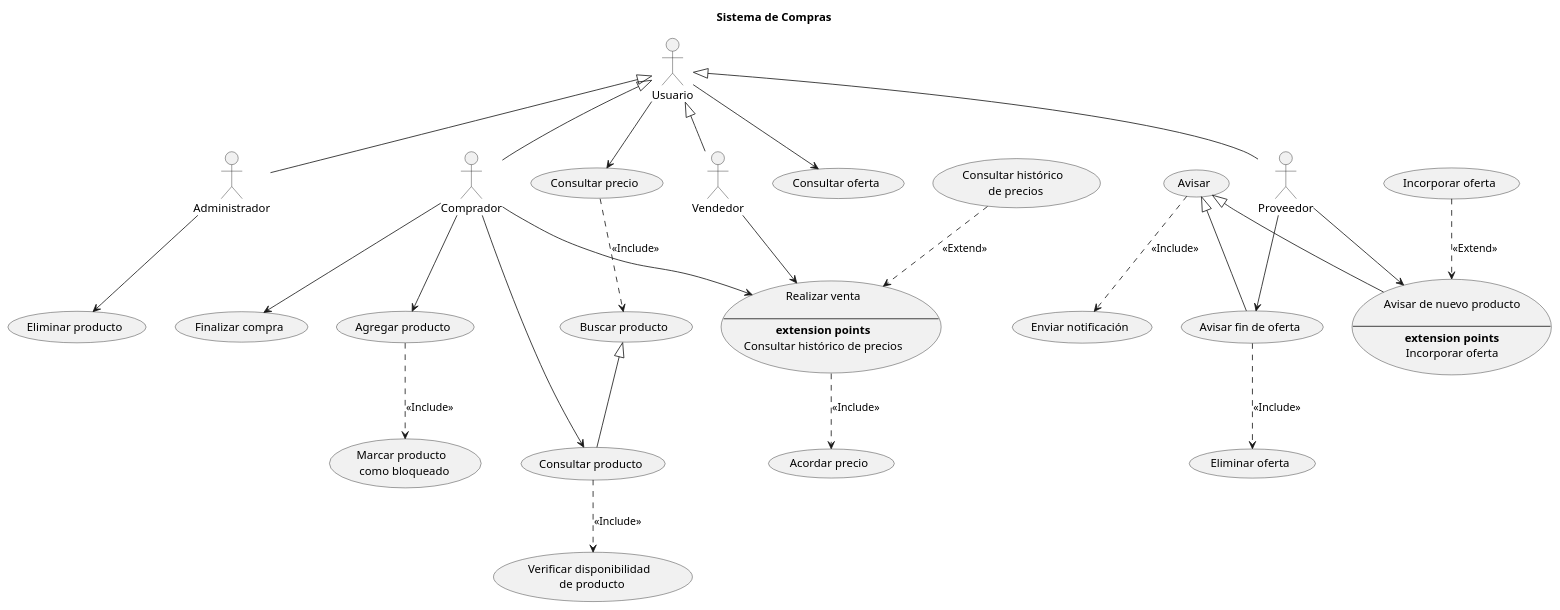
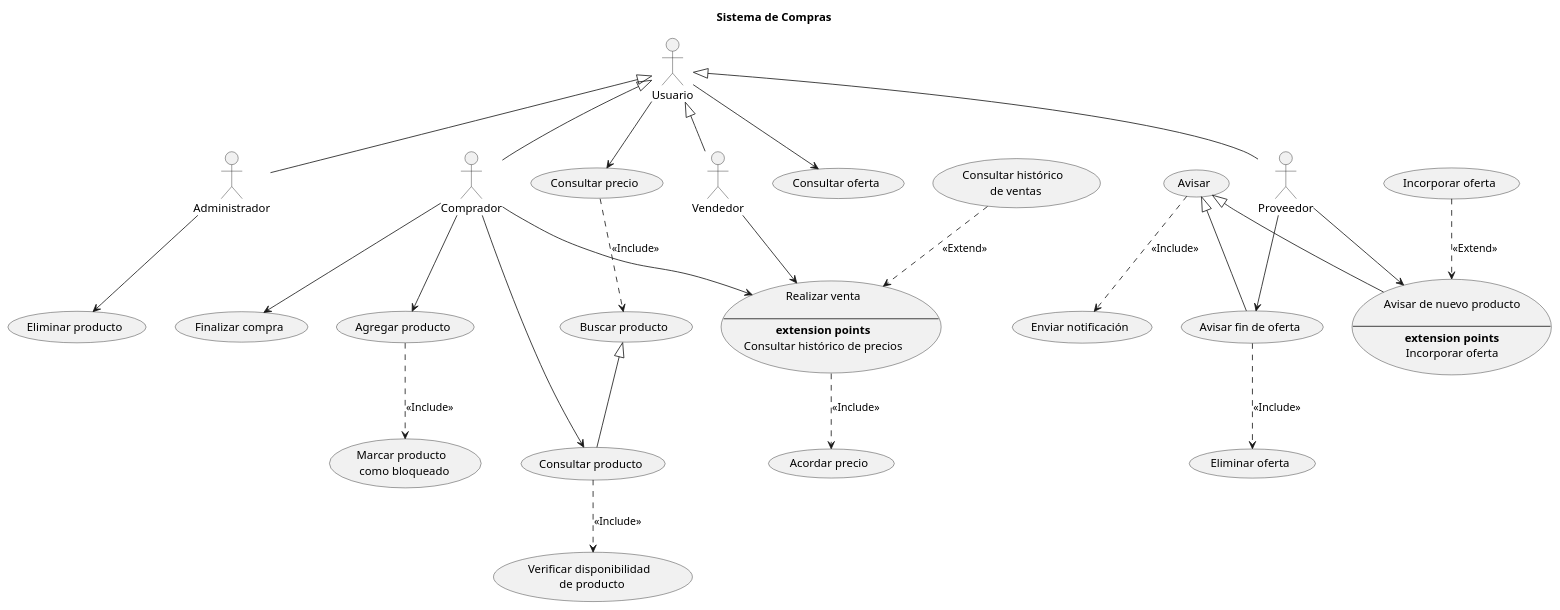
One commit to emg842/INRE-UAL-ROJO-2022 changed the diagram in LAB0/src/sistema_de_compras.puml. Above: the diagram before and after it, drawn with PlantUML. The commit also changed 13 other files, not shown here.

```diff
--- a/LAB0/src/sistema_de_compras.puml
+++ b/LAB0/src/sistema_de_compras.puml
@@ -1,66 +1,66 @@
 @startuml sistema_de_compras
 title Sistema de Compras
 
 :Administrador: as A1
 :Comprador: as A2
 :Proveedor: as A3
 :Usuario: as A4
 :Vendedor: as A5
 
 (Acordar precio) as UC1
 (Agregar producto)  as UC2
 (Avisar)  as UC3
 usecase UC4 as "Avisar de nuevo producto
 
 --
 **extension points**
 Incorporar oferta"
 (Avisar fin de oferta) as UC5
 (Buscar producto) as UC6
-(Consultar histórico \n de precios) as UC7
+(Consultar histórico \n de ventas) as UC7
 (Consultar oferta) as UC8
 (Consultar precio) as UC9
 (Consultar producto) as UC10
 (Eliminar oferta) as UC11
 (Eliminar producto) as UC12
 (Enviar notificación) as UC13
 (Finalizar compra) as UC14
 (Incorporar oferta) as UC15
 (Marcar producto \n como bloqueado) as UC16
 usecase UC17 as "Realizar venta
 
 --
 **extension points**
 Consultar histórico de precios"
 (Verificar disponibilidad \n de producto) as UC18
 
 A1 --> UC12
 A2 --> UC2
 A2 --> UC10
 A2 --> UC14
 A2 --> UC17
 A3 --> UC4
 A3 --> UC5
 A4 --> UC8
 A4 --> UC9
 A5 --> UC17
 
 A4 <|-- A1
 A4 <|-- A2
 A4 <|-- A3
 A4 <|-- A5
 UC3 <|-- UC4
 UC3 <|-- UC5
 UC6 <|-- UC10
 
 UC7 ..> UC17 : <<Extend>>
 UC15 ..> UC4 : <<Extend>>
 
 UC2 ..> UC16 : <<Include>>
 UC3 ..> UC13 : <<Include>>
 UC5 ..> UC11 : <<Include>>
 UC9 ..> UC6 : <<Include>>
 UC10 ..> UC18 : <<Include>>
 UC17 ..> UC1 : <<Include>>
 
 @enduml
```
